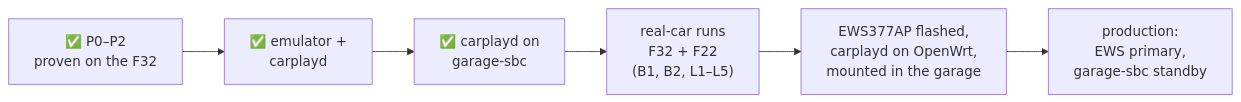
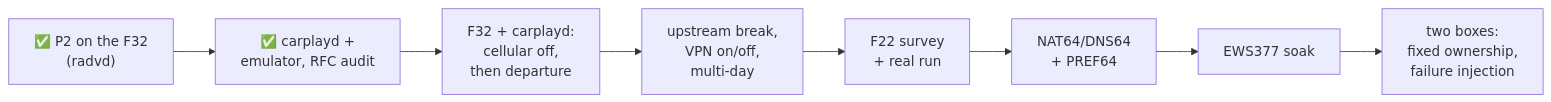
One commit to ParkWardRR/internet-over-wireless-carplay changed the diagram in docs/status.md. Above: the diagram before and after it, drawn with Mermaid. The commit also changed other lines of this file and 9 other files, not shown here.

````diff
--- a/docs/status.md
+++ b/docs/status.md
@@ -101,8 +110,10 @@
 ```mermaid
 flowchart LR
-  A["✅ P0–P2<br/>proven on the F32"] --> B["✅ emulator +<br/>carplayd"]
-  B --> C["✅ carplayd on<br/>garage-sbc"]
-  C --> D["real-car runs<br/>F32 + F22<br/>(B1, B2, L1–L5)"]
-  D --> E["EWS377AP flashed,<br/>carplayd on OpenWrt,<br/>mounted in the garage"]
-  E --> F["production:<br/>EWS primary,<br/>garage-sbc standby"]
+  A["✅ P2 on the F32<br/>(radvd)"] --> B["✅ carplayd +<br/>emulator, RFC audit"]
+  B --> C["F32 + carplayd:<br/>cellular off,<br/>then departure"]
+  C --> D["upstream break,<br/>VPN on/off,<br/>multi-day"]
+  D --> E["F22 survey<br/>+ real run"]
+  E --> F["NAT64/DNS64<br/>+ PREF64"]
+  F --> G["EWS377 soak"]
+  G --> H["two boxes:<br/>fixed ownership,<br/>failure injection"]
 ```
````
